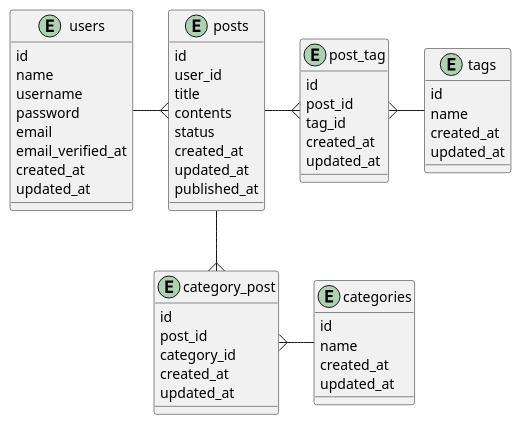
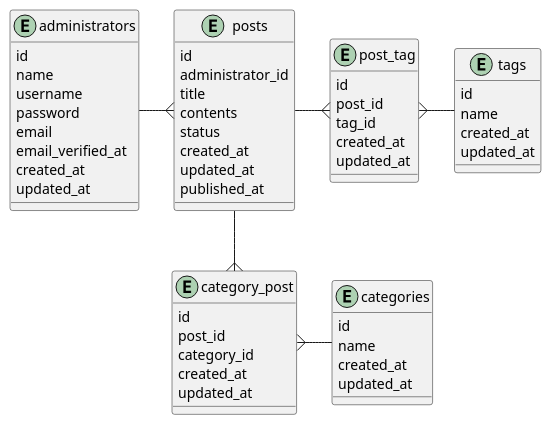
The diagram in docs/entity_relationship_diagram.pu (OnoYuta/laravel-blog-sample), drawn with PlantUML before and after one commit. The commit also changed 2 other files, not shown here.

```diff
--- a/docs/entity_relationship_diagram.pu
+++ b/docs/entity_relationship_diagram.pu
@@ -1,65 +1,65 @@
 @startuml entity_relationship_diagram
 
-entity users {
+entity administrators {
     id
     name
     username
     password
     email
     email_verified_at
     created_at
     updated_at
 }
 
 entity posts {
     id
-    user_id
+    administrator_id
     title
     contents
     status
     created_at
     updated_at
     published_at
 }
 
-users -{ posts
+administrators -{ posts
 
 entity post_tag {
     id
     post_id
     tag_id
     created_at
     updated_at
 }
 
 posts -{ post_tag
 
 entity tags {
     id
     name
     created_at
     updated_at
 }
 
 tags -left{ post_tag
 
 entity category_post {
     id
     post_id
     category_id
     created_at
     updated_at
 }
 
 posts -down-{ category_post
 
 entity categories {
     id
     name
     created_at
     updated_at
 }
 
 categories -left{ category_post
 
 @enduml
```
